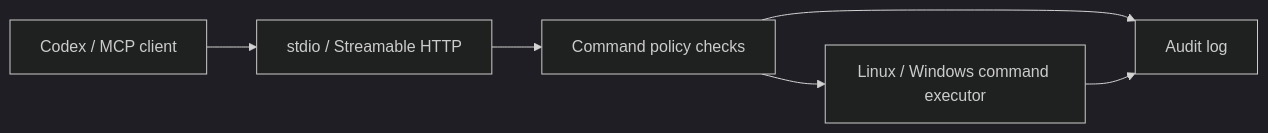
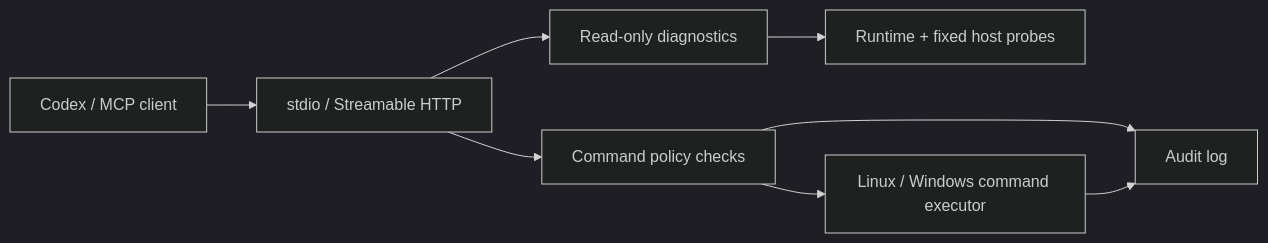
Before and after one commit to HsinPu/command-bridge-mcp-server: the diagram in README.md, drawn with Mermaid (dark theme). The commit also changed other lines of this file and 35 other files, not shown here.

````diff
--- a/README.md
+++ b/README.md
@@ -39,8 +39,10 @@
 ```mermaid
 flowchart LR
     Client["Codex / MCP client"] --> Transport["stdio / Streamable HTTP"]
+    Transport --> Diagnostics["Read-only diagnostics"]
+    Diagnostics --> State["Runtime + fixed host probes"]
     Transport --> Policy["Command policy checks"]
     Policy --> Executor["Linux / Windows command executor"]
     Policy --> Audit["Audit log"]
     Executor --> Audit
 ```
````
